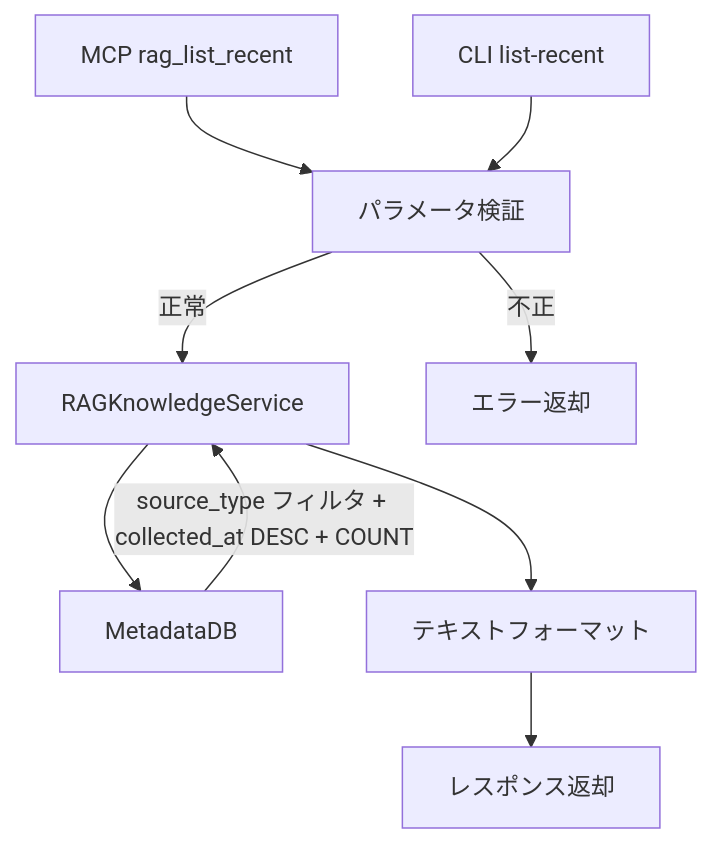
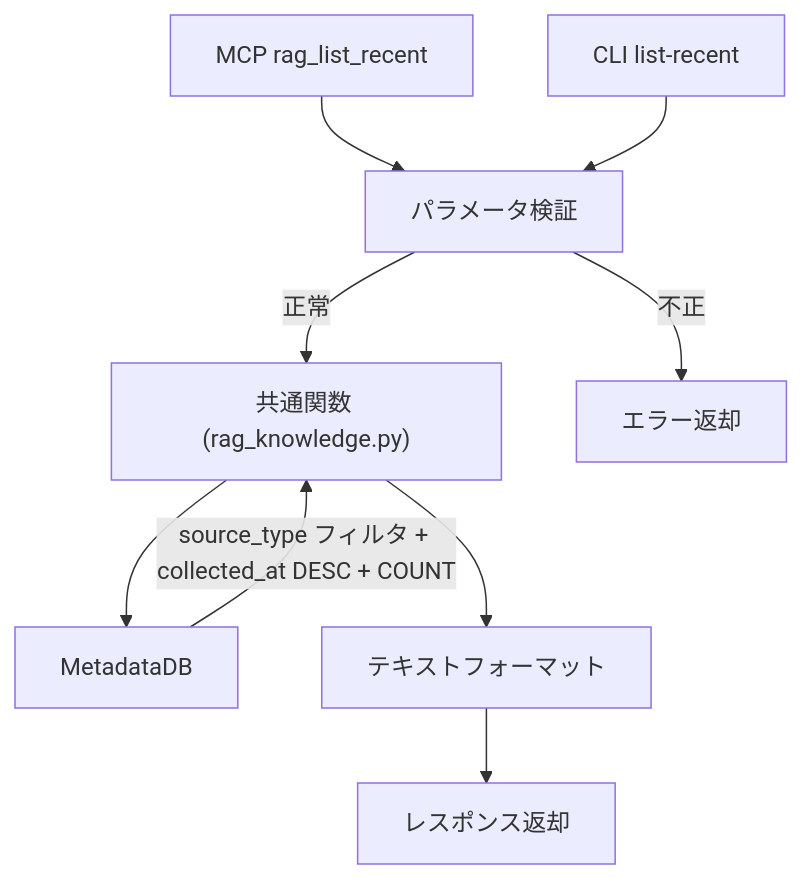
The diagram in docs/specs/infrastructure/content-listing.md (becky3/rag-knowledge), drawn with Mermaid before and after one commit. The commit also changed other lines of this file and 7 other files, not shown here.

````diff
--- a/docs/specs/infrastructure/content-listing.md
+++ b/docs/specs/infrastructure/content-listing.md
@@ -118,19 +118,19 @@
 ```mermaid
 flowchart TD
     MCP["MCP rag_list_recent"]
     CLI["CLI list-recent"]
     VALIDATE["パラメータ検証"]
-    SERVICE["RAGKnowledgeService"]
+    SERVICE["共通関数 (rag_knowledge.py)"]
     METADB["MetadataDB"]
     FORMAT["テキストフォーマット"]
     RESPONSE["レスポンス返却"]
 
     MCP --> VALIDATE
     CLI --> VALIDATE
     VALIDATE -->|不正| ERROR["エラー返却"]
     VALIDATE -->|正常| SERVICE
     SERVICE --> METADB
     METADB -->|"source_type フィルタ + collected_at DESC + COUNT"| SERVICE
     SERVICE --> FORMAT
     FORMAT --> RESPONSE
 ```
````
